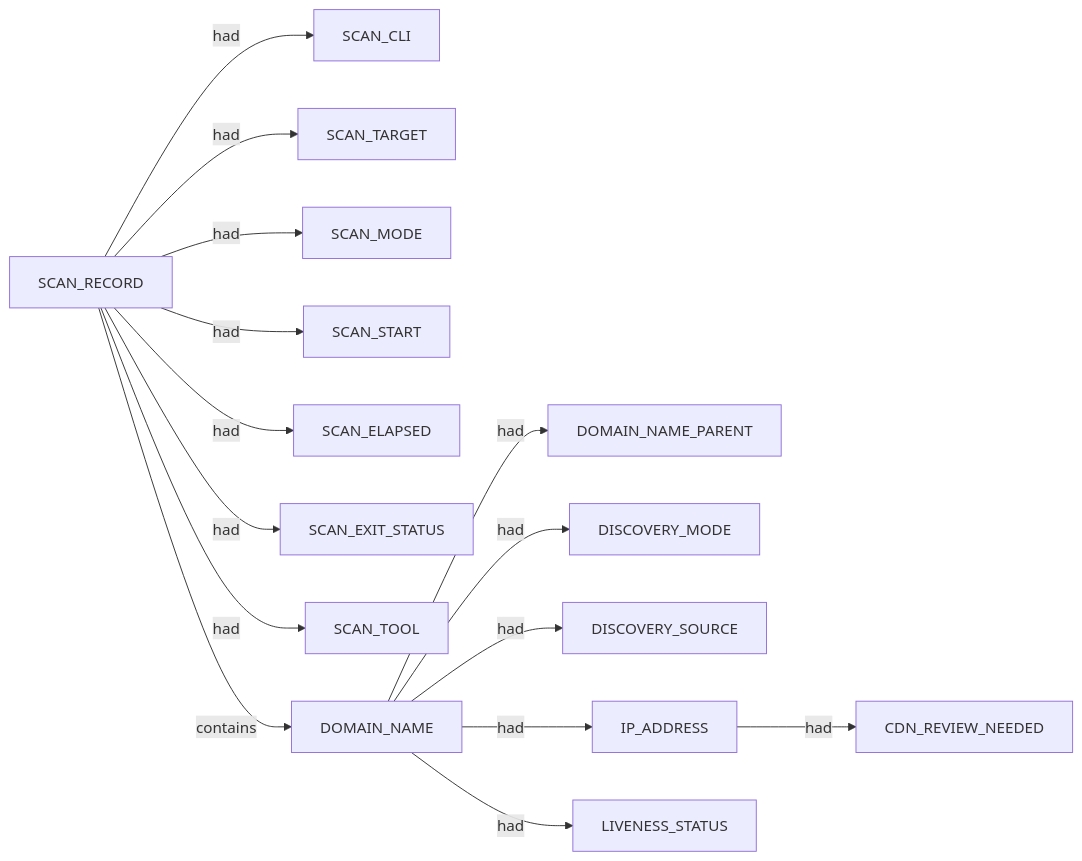
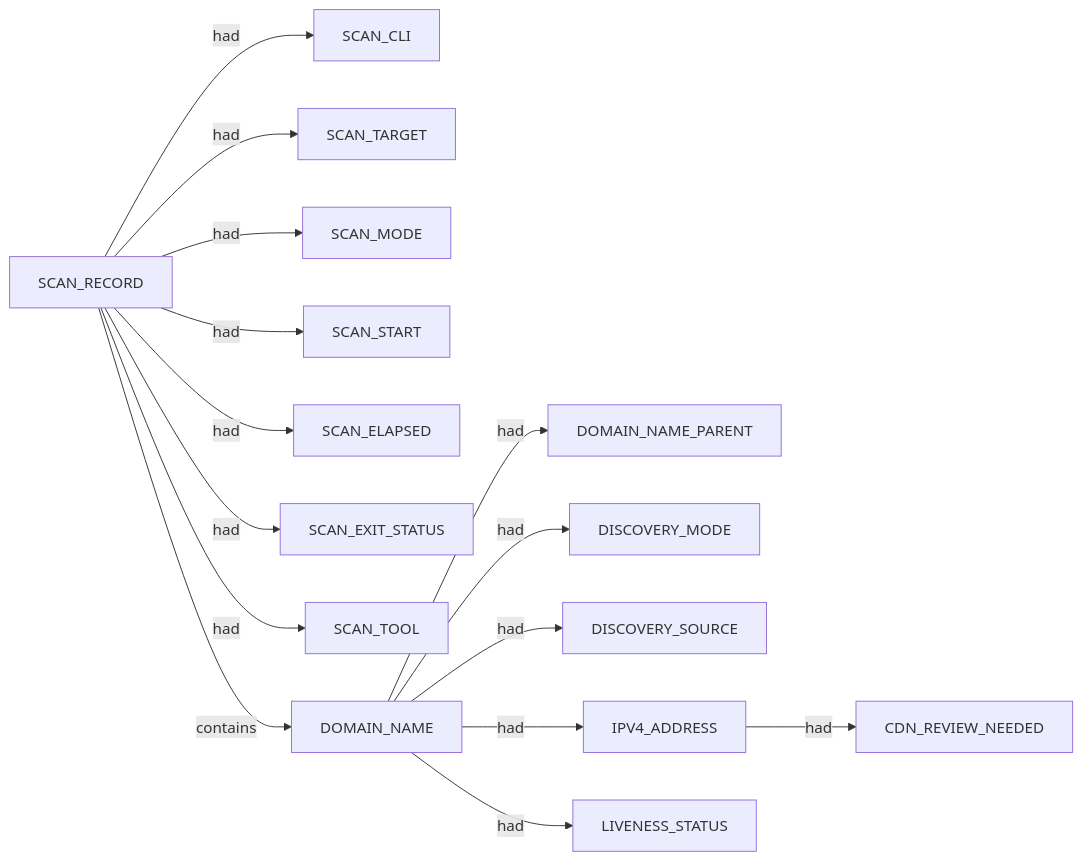
Before and after one commit to brettforbes/spiderfeet: the diagram in .docs/docs-for-cli-tools/nugget_structure/subfinder_corporate_k2am_active_oI_proposed_nuggets_edges_description.md, drawn with Mermaid. The commit also changed other lines of this file and 170 other files, not shown here.

````diff
--- a/.docs/docs-for-cli-tools/nugget_structure/subfinder_corporate_k2am_active_oI_proposed_nuggets_edges_description.md
+++ b/.docs/docs-for-cli-tools/nugget_structure/subfinder_corporate_k2am_active_oI_proposed_nuggets_edges_description.md
@@ -21,17 +21,17 @@
 ```mermaid
 flowchart LR
   SCAN_RECORD -->|had| SCAN_CLI
   SCAN_RECORD -->|had| SCAN_TARGET
   SCAN_RECORD -->|had| SCAN_MODE
   SCAN_RECORD -->|had| SCAN_START
   SCAN_RECORD -->|had| SCAN_ELAPSED
   SCAN_RECORD -->|had| SCAN_EXIT_STATUS
   SCAN_RECORD -->|had| SCAN_TOOL
   SCAN_RECORD -->|contains| DOMAIN_NAME
   DOMAIN_NAME -->|had| DOMAIN_NAME_PARENT
   DOMAIN_NAME -->|had| DISCOVERY_MODE
   DOMAIN_NAME -->|had| DISCOVERY_SOURCE
-  DOMAIN_NAME -->|had| IP_ADDRESS
+  DOMAIN_NAME -->|had| IPV4_ADDRESS
   DOMAIN_NAME -->|had| LIVENESS_STATUS
-  IP_ADDRESS -->|had| CDN_REVIEW_NEEDED
+  IPV4_ADDRESS -->|had| CDN_REVIEW_NEEDED
 ```
````
